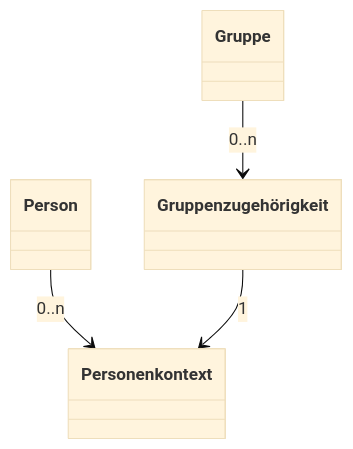
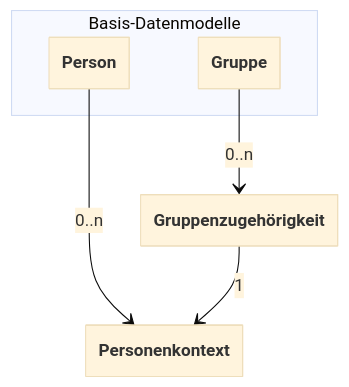
The diagram in docs/allgemeines-kernanwendungsfälle.md (Schulconnex/Schulconnex), drawn with Mermaid (base theme) before and after one commit. The commit also changed other lines of this file, not shown here.

Commit message:
623-überarbeitung-der-diagramme-für-die-datenmodelle
Vereinfachtes Mermaid Diagram für die Beziehungen zwischen Personenkontext, Person, Gruppe und Gruppenzugehörigkeit.
Kurze Beschreibung der Funktion dieser grundlegenden Datenmodelle in Schulconnex.
Erläuterung zu den Attributen Mandant und Referrer.

````diff
--- a/docs/allgemeines-kernanwendungsfälle.md
+++ b/docs/allgemeines-kernanwendungsfälle.md
@@ -27,25 +27,24 @@
 ```mermaid
+---
+  config:
+    class:
+      hideEmptyMembersBox: true
+---
+%% Die Option hideEmptyMemberBox unterdrückt das Rendern der leeren
+%% Felder für die Attribute, welche in dieser Übersichtsgraphik
+%% eher ablenken.
+
 classDiagram
+
+%% Namespacx-Box ist nicht schön, aber ohne die Box rendert
+%% Mermaid die Klassen in einer unübersichtlichen Darstellung.
+%% Die Namespacx-Box sorgt dafür, dass Gruppen und Personen auf einer Höhe sind
+
+namespace Basis-Datenmodelle   {
+    class Gruppe
+    class Person
+}
   Person --> Personenkontext : 0..n
   Gruppe --> Gruppenzugehörigkeit : 0..n
   Gruppenzugehörigkeit --> Personenkontext : 1
-  
-
- 
-  class Person {
-  
-  }
-  class Gruppe {
- 
-  }
-  class Personenkontext {
-  
-  }
-
-
-
-  class Gruppenzugehörigkeit {
-  
-  }
-
 ```
````
